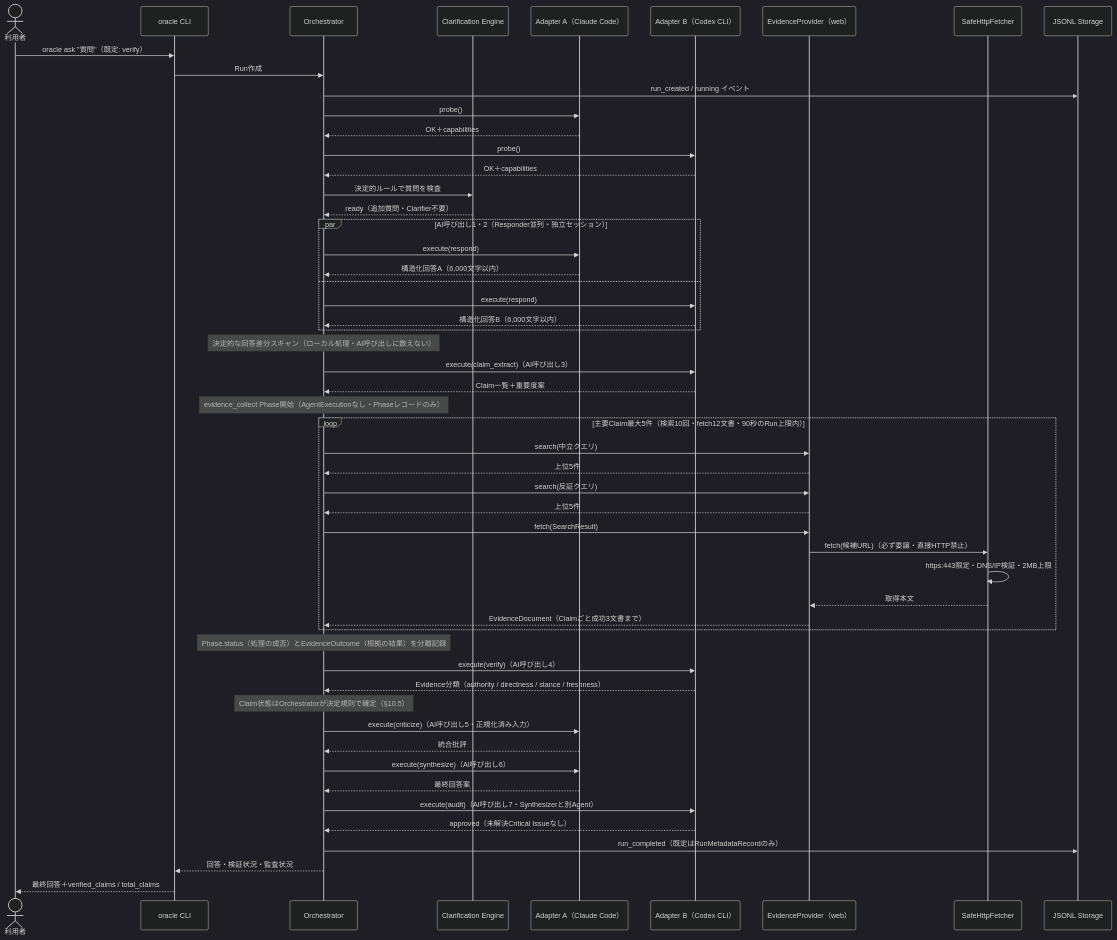
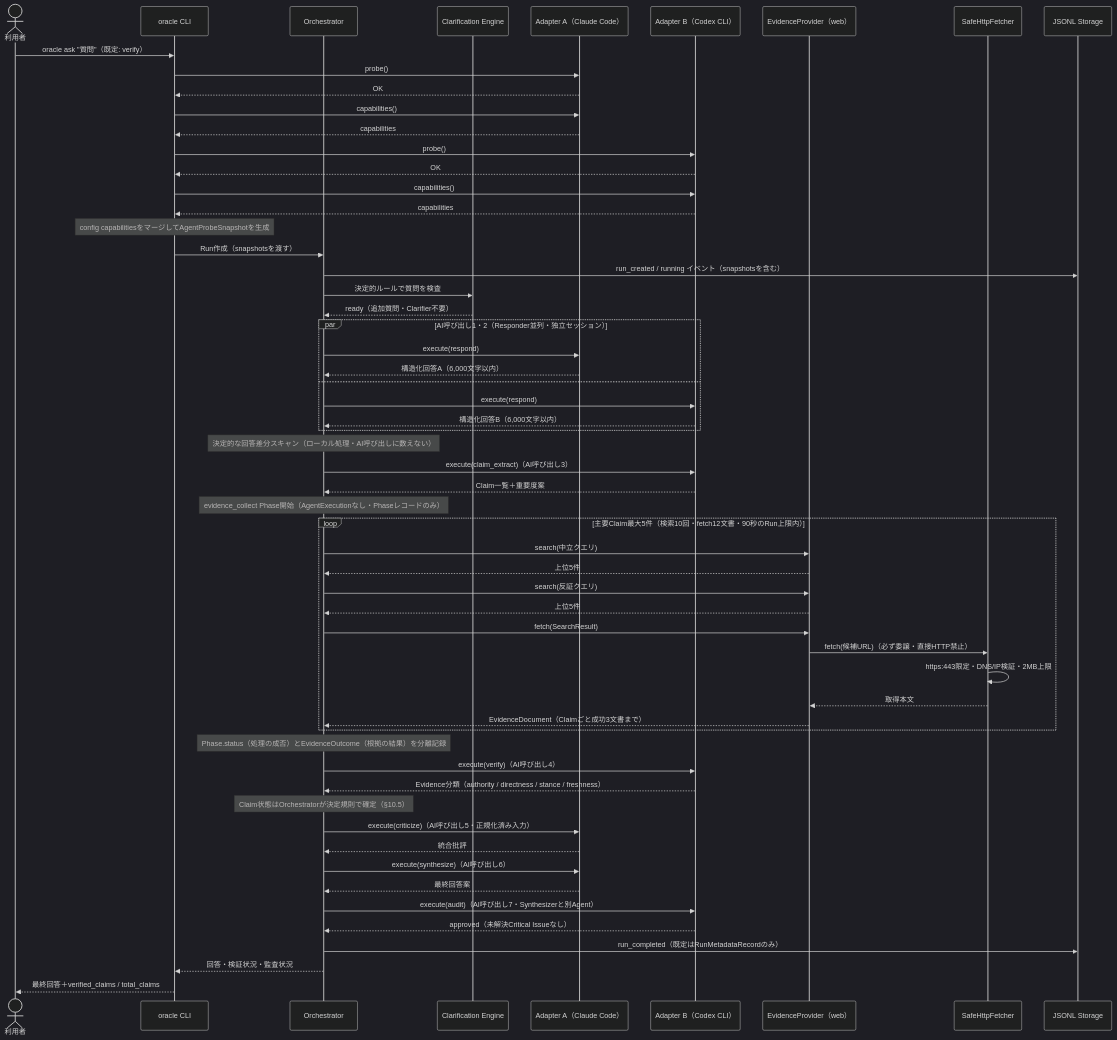
Before and after one commit to garyohosu/OracleCouncil: the first of 9 diagrams in SEQUENCE.md, drawn with Mermaid (dark theme). The commit also changed other lines of this file and 5 other files, not shown here.

Commit message:
autoloop: complete S-10 probe and capabilities snapshot

````diff
--- a/SEQUENCE.md
+++ b/SEQUENCE.md
@@ -16,64 +16,69 @@
 ```mermaid
 sequenceDiagram
     actor U as 利用者
     participant CLI as oracle CLI
     participant O as Orchestrator
     participant CE as Clarification Engine
     participant A as Adapter A（Claude Code）
     participant B as Adapter B（Codex CLI）
     participant EP as EvidenceProvider（web）
     participant F as SafeHttpFetcher
     participant S as JSONL Storage
 
     U->>CLI: oracle ask "質問"（既定: verify）
-    CLI->>O: Run作成
-    O->>S: run_created / running イベント
-    O->>A: probe()
-    A-->>O: OK＋capabilities
-    O->>B: probe()
-    B-->>O: OK＋capabilities
+    CLI->>A: probe()
+    A-->>CLI: OK
+    CLI->>A: capabilities()
+    A-->>CLI: capabilities
+    CLI->>B: probe()
+    B-->>CLI: OK
+    CLI->>B: capabilities()
+    B-->>CLI: capabilities
+    Note over CLI: config capabilitiesをマージしてAgentProbeSnapshotを生成
+    CLI->>O: Run作成（snapshotsを渡す）
+    O->>S: run_created / running イベント（snapshotsを含む）
 
     O->>CE: 決定的ルールで質問を検査
     CE-->>O: ready（追加質問・Clarifier不要）
 
     par AI呼び出し1・2（Responder並列・独立セッション）
         O->>A: execute(respond)
         A-->>O: 構造化回答A（6,000文字以内）
     and
         O->>B: execute(respond)
         B-->>O: 構造化回答B（6,000文字以内）
     end
     Note over O: 決定的な回答差分スキャン（ローカル処理・AI呼び出しに数えない）
 
     O->>B: execute(claim_extract)（AI呼び出し3）
     B-->>O: Claim一覧＋重要度案
 
     Note over O: evidence_collect Phase開始（AgentExecutionなし・Phaseレコードのみ）
     loop 主要Claim最大5件（検索10回・fetch12文書・90秒のRun上限内）
         O->>EP: search(中立クエリ)
         EP-->>O: 上位5件
         O->>EP: search(反証クエリ)
         EP-->>O: 上位5件
         O->>EP: fetch(SearchResult)
         EP->>F: fetch(候補URL)（必ず委譲・直接HTTP禁止）
         F->>F: https:443限定・DNS/IP検証・2MB上限
         F-->>EP: 取得本文
         EP-->>O: EvidenceDocument（Claimごと成功3文書まで）
     end
     Note over O: Phase.status（処理の成否）とEvidenceOutcome（根拠の結果）を分離記録
 
     O->>B: execute(verify)（AI呼び出し4）
     B-->>O: Evidence分類（authority / directness / stance / freshness）
     Note over O: Claim状態はOrchestratorが決定規則で確定（§10.5）
 
     O->>A: execute(criticize)（AI呼び出し5・正規化済み入力）
     A-->>O: 統合批評
     O->>A: execute(synthesize)（AI呼び出し6）
     A-->>O: 最終回答案
     O->>B: execute(audit)（AI呼び出し7・Synthesizerと別Agent）
     B-->>O: approved（未解決Critical Issueなし）
 
     O->>S: run_completed（既定はRunMetadataRecordのみ）
     O-->>CLI: 回答・検証状況・監査状況
     CLI-->>U: 最終回答＋verified_claims / total_claims
 ```
````
